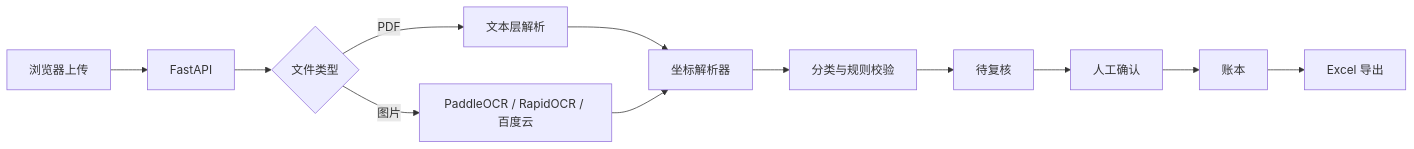
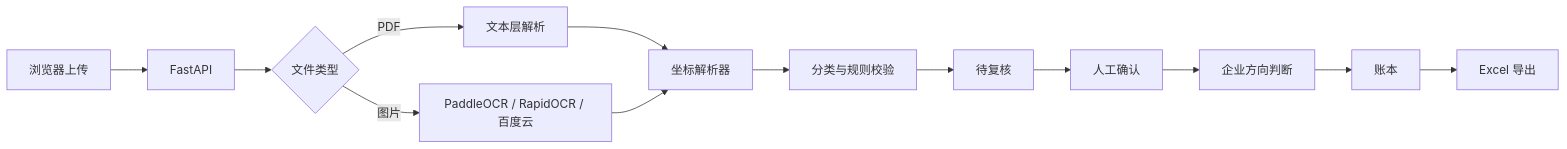
Before and after one commit to 1986064872/Automated-Invoice-Management-System-for-Small-and-Micro-Enterprises: the diagram in README.md, drawn with Mermaid. The commit also changed other lines of this file and 15 other files, not shown here.

````diff
--- a/README.md
+++ b/README.md
@@ -61,14 +65,15 @@
 ```mermaid
 flowchart LR
     A[浏览器上传] --> B[FastAPI]
     B --> C{文件类型}
     C -->|PDF| D[文本层解析]
     C -->|图片| E[PaddleOCR / RapidOCR / 百度云]
     D --> F[坐标解析器]
     E --> F
     F --> G[分类与规则校验]
     G --> H[待复核]
     H --> I[人工确认]
-    I --> J[账本]
-    J --> K[Excel 导出]
+    I --> J[企业方向判断]
+    J --> K[账本]
+    K --> L[Excel 导出]
 ```
````
